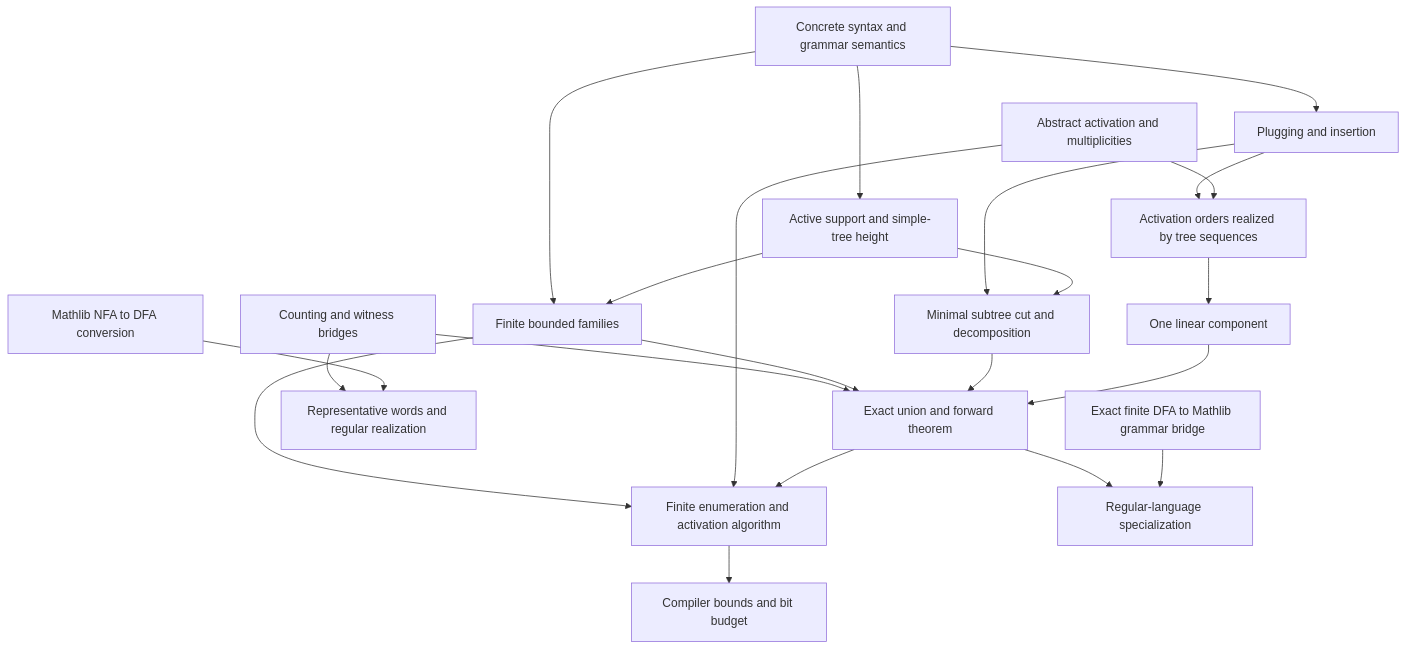
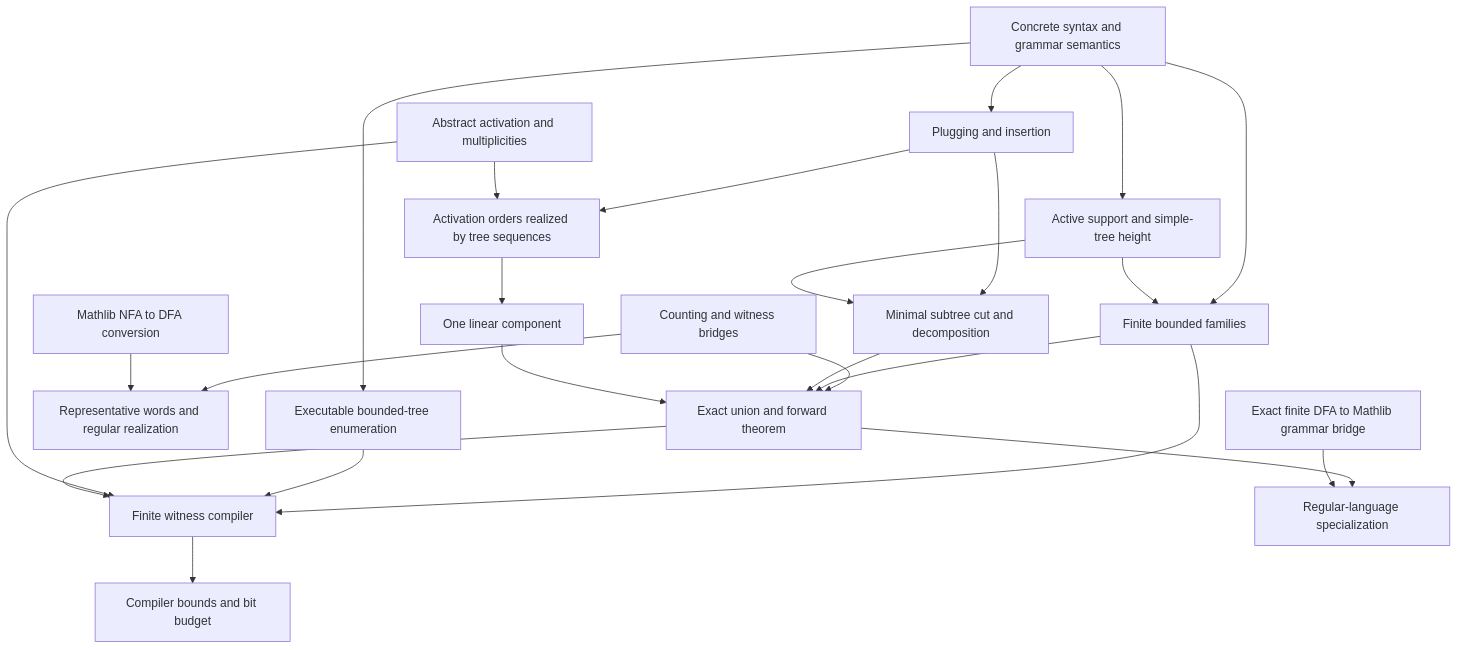
The diagram in docs/PROOF_PLAN.md (focs-lab/parikh-theorem), drawn with Mermaid before and after one commit. The commit also changed other lines of this file and 11 other files, not shown here.

Commit message:
Implement bounded-tree enumeration with exact membership

````diff
--- a/docs/PROOF_PLAN.md
+++ b/docs/PROOF_PLAN.md
@@ -50,24 +52,26 @@
 ```mermaid
 flowchart TD
   Counting[Counting and witness bridges] --> Main[Exact union and forward theorem]
   Trees[Concrete syntax and grammar semantics] --> Surgery[Plugging and insertion]
   Trees --> Height[Active support and simple-tree height]
   Trees --> Bounded[Finite bounded families]
   Height --> Bounded
   Surgery --> Cut[Minimal subtree cut and decomposition]
   Height --> Cut
   Bounded --> Main
   Surgery --> Realize[Activation orders realized by tree sequences]
   Activation[Abstract activation and multiplicities] --> Realize
   Realize --> Linear[One linear component]
   Cut --> Main
   Linear --> Main
   Counting --> Converse[Representative words and regular realization]
   DFA[Mathlib NFA to DFA conversion] --> Converse
-  Bounded --> Compiler[Finite enumeration and activation algorithm]
+  Trees --> Enumeration[Executable bounded-tree enumeration]
+  Bounded --> Compiler[Finite witness compiler]
+  Enumeration --> Compiler
   Activation --> Compiler
   Main --> Compiler
   Compiler --> Bounds[Compiler bounds and bit budget]
   Main --> Regular[Regular-language specialization]
   DFAGrammar[Exact finite DFA to Mathlib grammar bridge] --> Regular
 ```
````
